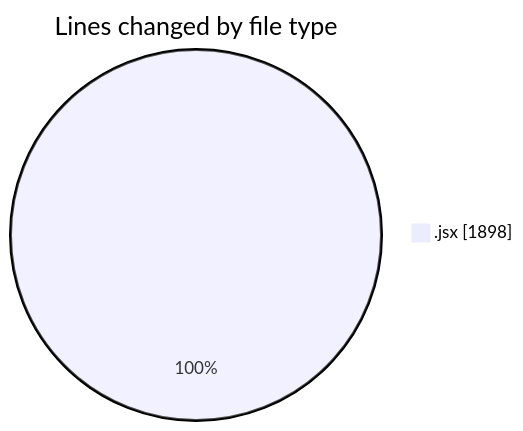
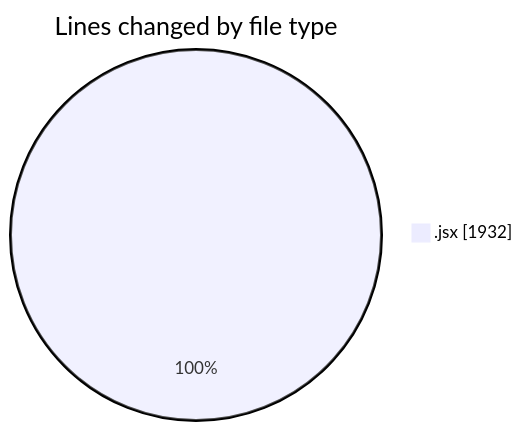
The first of 2 diagrams in 2025-08-22/nxtqube_webapp/README.md (nxtqubesakshisongat/code-tracking), drawn with Mermaid before and after one commit. The commit also changed other lines of this file and 1 other file, not shown here.

````diff
--- a/2025-08-22/nxtqube_webapp/README.md
+++ b/2025-08-22/nxtqube_webapp/README.md
@@ -20,5 +20,5 @@
 ```mermaid
 pie showData
 title Lines changed by file type
-".jsx" : 1898
+".jsx" : 1932
 ```
````
